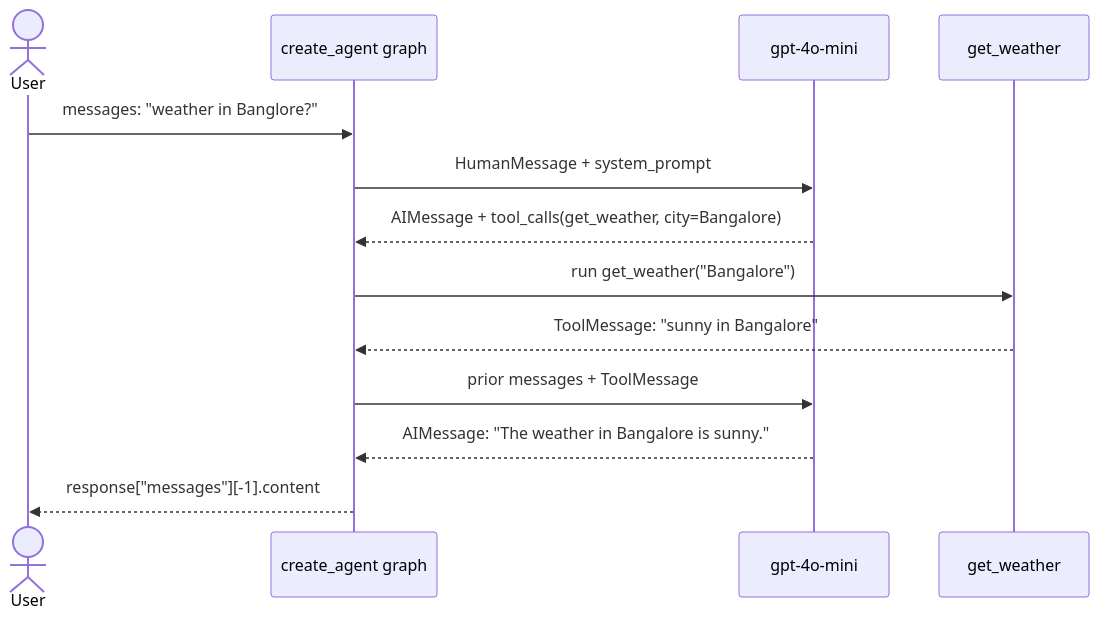
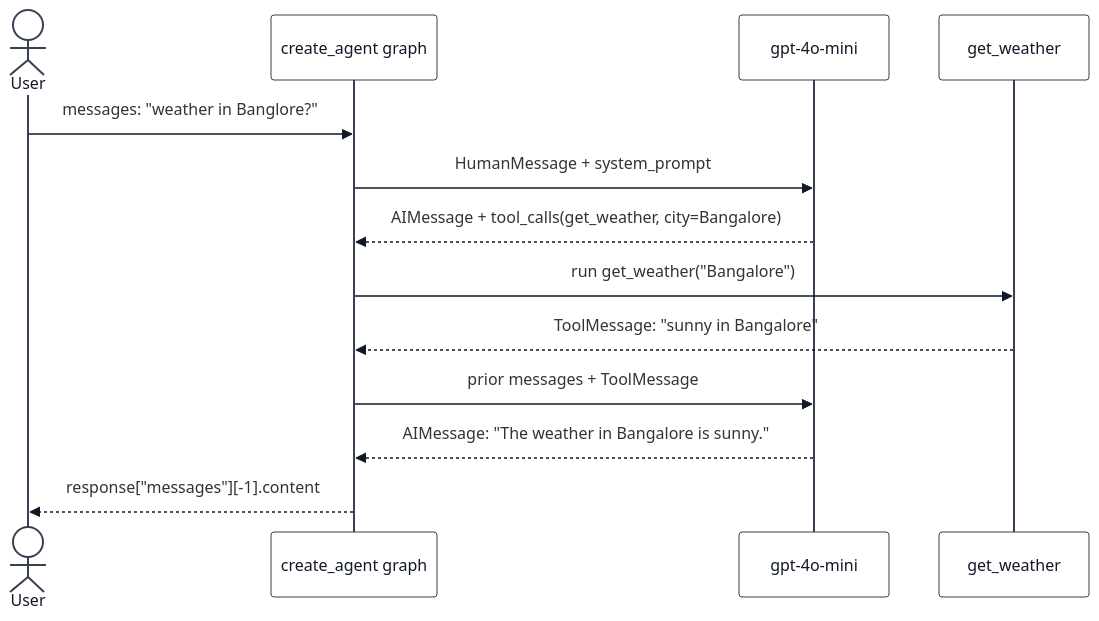
The fourth of 10 diagrams in updatedlangchain/reference/README.md (rahusri2/Agentic_AI), drawn with Mermaid before and after one commit. The commit also changed other lines of this file and 1 other file, not shown here.

````diff
--- a/updatedlangchain/reference/README.md
+++ b/updatedlangchain/reference/README.md
@@ -83,16 +90,17 @@
 ```mermaid
+%%{init: {"theme":"base","themeVariables":{"actorBkg":"#ffffff","actorBorder":"#374151","actorTextColor":"#111827","signalColor":"#111827","noteBkgColor":"#fffbeb","noteTextColor":"#111827"}}}%%
 sequenceDiagram
   actor User
   participant Agent as create_agent graph
   participant LLM as gpt-4o-mini
   participant Tool as get_weather
 
   User->>Agent: messages: "weather in Banglore?"
   Agent->>LLM: HumanMessage + system_prompt
   LLM-->>Agent: AIMessage + tool_calls(get_weather, city=Bangalore)
   Agent->>Tool: run get_weather("Bangalore")
   Tool-->>Agent: ToolMessage: "sunny in Bangalore"
   Agent->>LLM: prior messages + ToolMessage
   LLM-->>Agent: AIMessage: "The weather in Bangalore is sunny."
   Agent-->>User: response["messages"][-1].content
 ```
````
